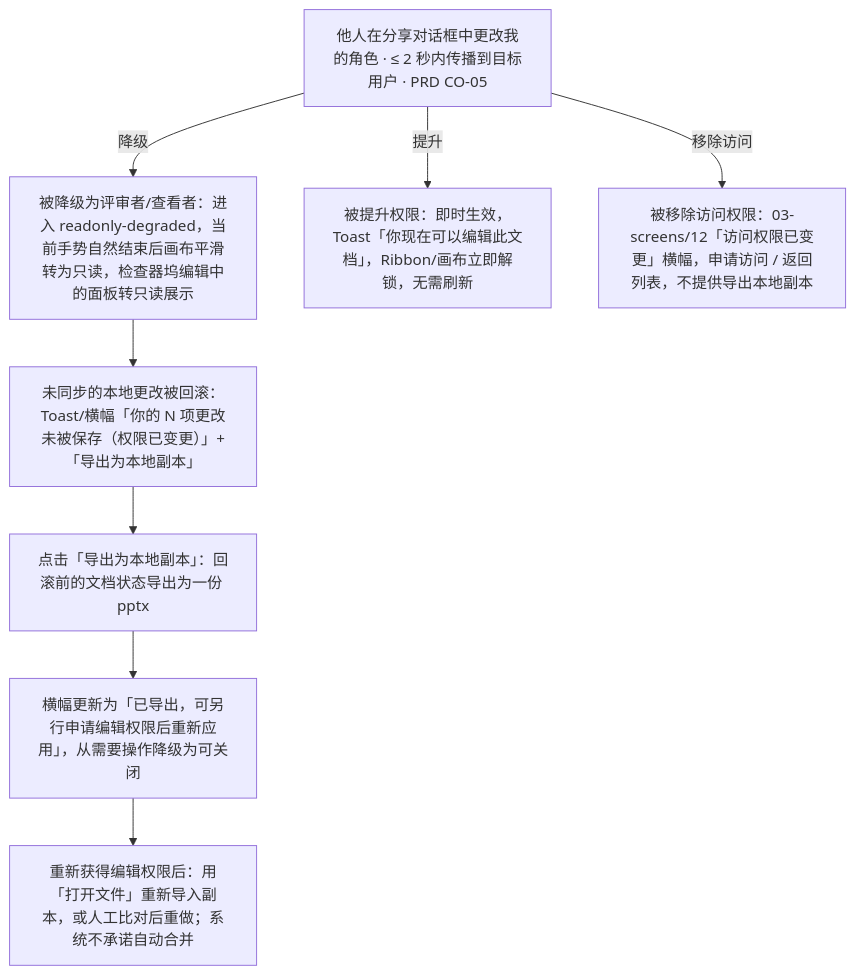
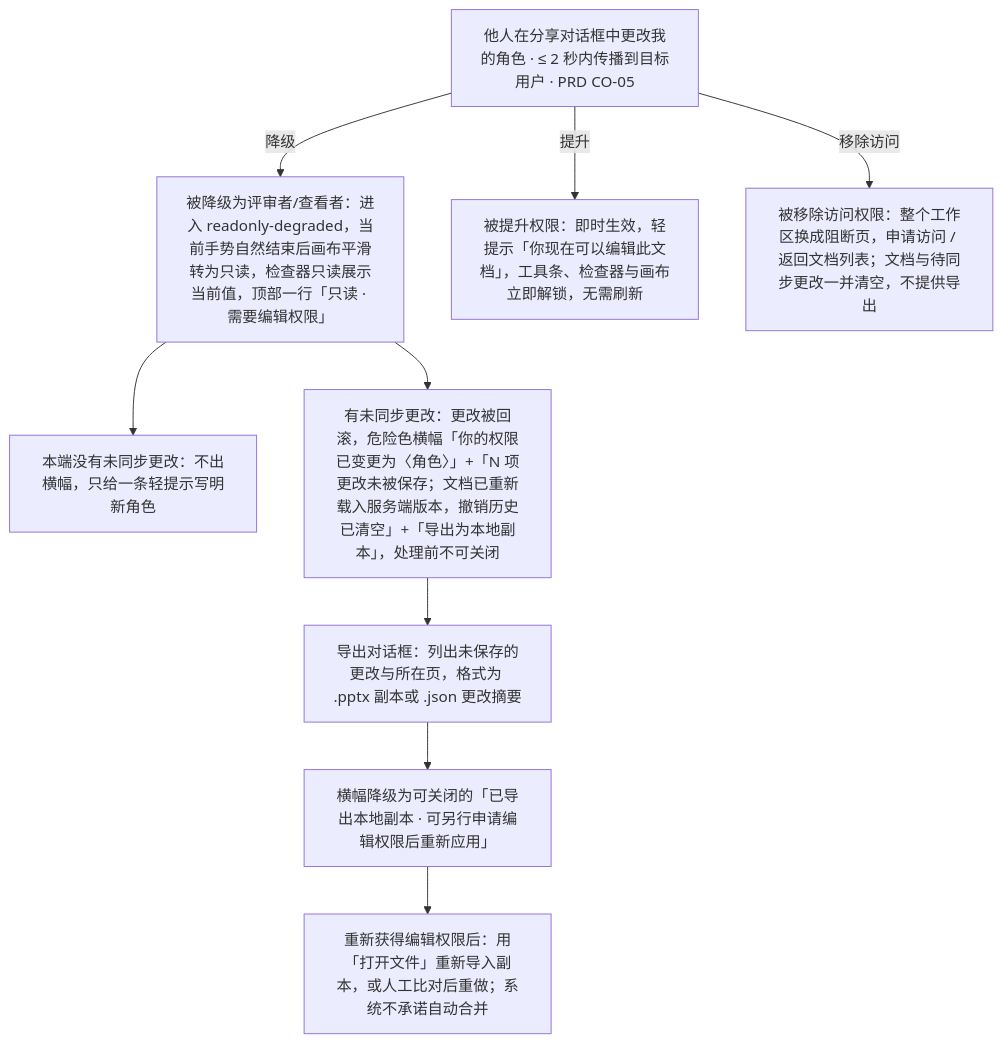
One commit to Xeonice/cordis-ppt-editor changed the sixth of 6 diagrams in docs/20-design/05-collaboration-ux.md. Above: the diagram before and after it, drawn with Mermaid. The commit also changed other lines of this file and 44 other files, not shown here.

````diff
--- a/docs/20-design/05-collaboration-ux.md
+++ b/docs/20-design/05-collaboration-ux.md
@@ -242,14 +283,17 @@
 ```mermaid
 flowchart TB
   pEv["他人在分享对话框中更改我的角色 · ≤ 2 秒内传播到目标用户 · PRD CO-05"]
-  pDown["被降级为评审者/查看者：进入 readonly-degraded，当前手势自然结束后画布平滑转为只读，检查器坞编辑中的面板转只读展示"]
-  pRoll["未同步的本地更改被回滚：Toast/横幅「你的 N 项更改未被保存（权限已变更）」+「导出为本地副本」"]
-  pExp["点击「导出为本地副本」：回滚前的文档状态导出为一份 pptx"]
-  pDone["横幅更新为「已导出，可另行申请编辑权限后重新应用」，从需要操作降级为可关闭"]
+  pDown["被降级为评审者/查看者：进入 readonly-degraded，当前手势自然结束后画布平滑转为只读，检查器只读展示当前值，顶部一行「只读 · 需要编辑权限」"]
+  pNone["本端没有未同步更改：不出横幅，只给一条轻提示写明新角色"]
+  pRoll["有未同步更改：更改被回滚，危险色横幅「你的权限已变更为〈角色〉」+「N 项更改未被保存；文档已重新载入服务端版本，撤销历史已清空」+「导出为本地副本」，处理前不可关闭"]
+  pExp["导出对话框：列出未保存的更改与所在页，格式为 .pptx 副本或 .json 更改摘要"]
+  pDone["横幅降级为可关闭的「已导出本地副本 · 可另行申请编辑权限后重新应用」"]
   pLater["重新获得编辑权限后：用「打开文件」重新导入副本，或人工比对后重做；系统不承诺自动合并"]
-  pUp["被提升权限：即时生效，Toast「你现在可以编辑此文档」，Ribbon/画布立即解锁，无需刷新"]
-  pRm["被移除访问权限：03-screens/12「访问权限已变更」横幅，申请访问 / 返回列表，不提供导出本地副本"]
-  pEv -->|"降级"| pDown --> pRoll --> pExp --> pDone --> pLater
+  pUp["被提升权限：即时生效，轻提示「你现在可以编辑此文档」，工具条、检查器与画布立即解锁，无需刷新"]
+  pRm["被移除访问权限：整个工作区换成阻断页，申请访问 / 返回文档列表；文档与待同步更改一并清空，不提供导出"]
+  pEv -->|"降级"| pDown
+  pDown --> pNone
+  pDown --> pRoll --> pExp --> pDone --> pLater
   pEv -->|"提升"| pUp
   pEv -->|"移除访问"| pRm
 ```
````
